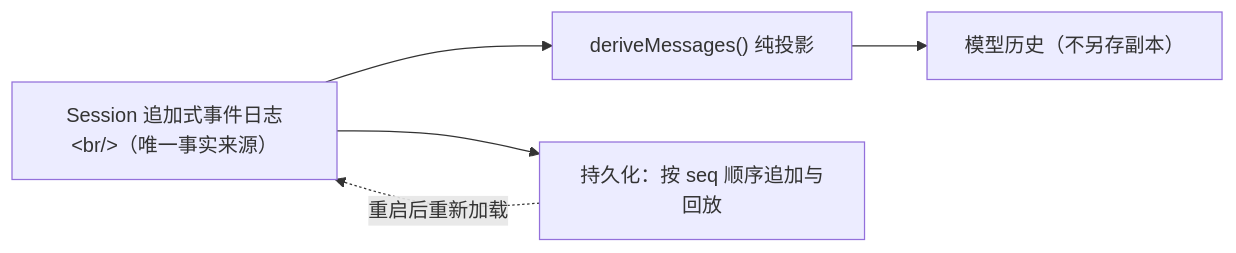
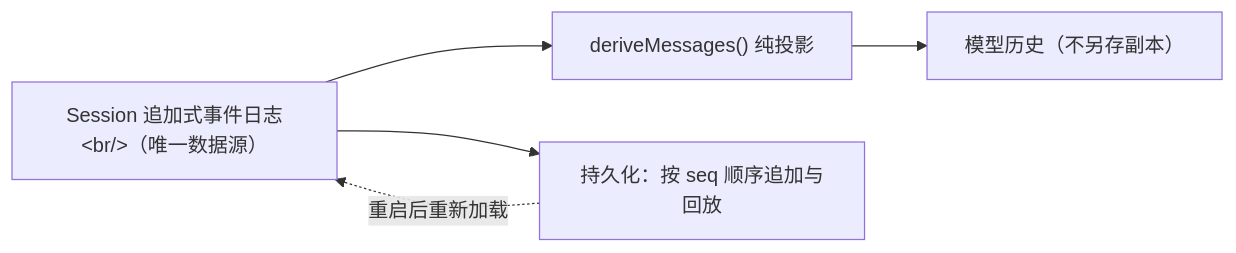
Before and after one commit to ZZKeepCurious/mini-deepseek-harness-python: the diagram in docs/chapters/01-event-sourced-session.md, drawn with Mermaid. The commit also changed other lines of this file and 11 other files, not shown here.

````diff
--- a/docs/chapters/01-event-sourced-session.md
+++ b/docs/chapters/01-event-sourced-session.md
@@ -44,10 +44,10 @@
 ```mermaid
 flowchart LR
-  LOG["Session 追加式事件日志&lt;br/&gt;（唯一事实来源）"]
+  LOG["Session 追加式事件日志&lt;br/&gt;（唯一数据源）"]
   PROJ["deriveMessages() 纯投影"]
   HIST["模型历史（不另存副本）"]
   PERS["持久化：按 seq 顺序追加与回放"]
   LOG --> PROJ --> HIST
   LOG --> PERS
   PERS -.重启后重新加载.-> LOG
 ```
````
